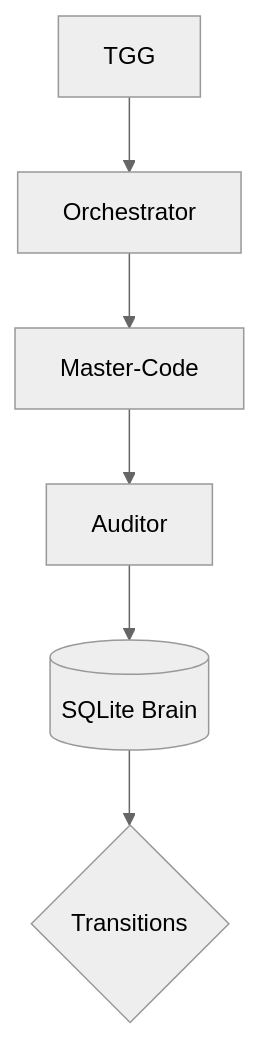
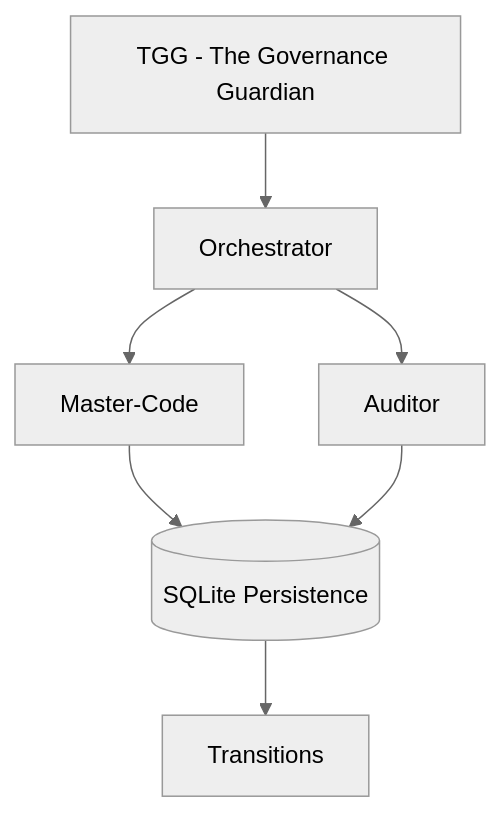
Before and after one commit to lordmahonheim-bot/Tesla-Antigravity-CLI: the diagram in 28-Loop-Engineering/README.md, drawn with Mermaid (neutral theme). The commit also changed other lines of this file, not shown here.

Commit message:
docs(mvp-28): final integration README, architecture diagrams, test scenarios

````diff
--- a/28-Loop-Engineering/README.md
+++ b/28-Loop-Engineering/README.md
@@ -9,8 +7,9 @@
 ```mermaid
-graph TD
-    TGG[TGG] --> Orch[Orchestrator]
+flowchart TD
+    TGG[TGG - The Governance Guardian] --> Orch[Orchestrator]
     Orch --> MC[Master-Code]
-    MC --> Auditor[Auditor]
-    Auditor --> SQLite[(SQLite Brain)]
-    SQLite --> Trans{Transitions}
+    Orch --> Auditor[Auditor]
+    MC --> SQLite[(SQLite Persistence)]
+    Auditor --> SQLite
+    SQLite --> Trans[Transitions]
 ```
````
